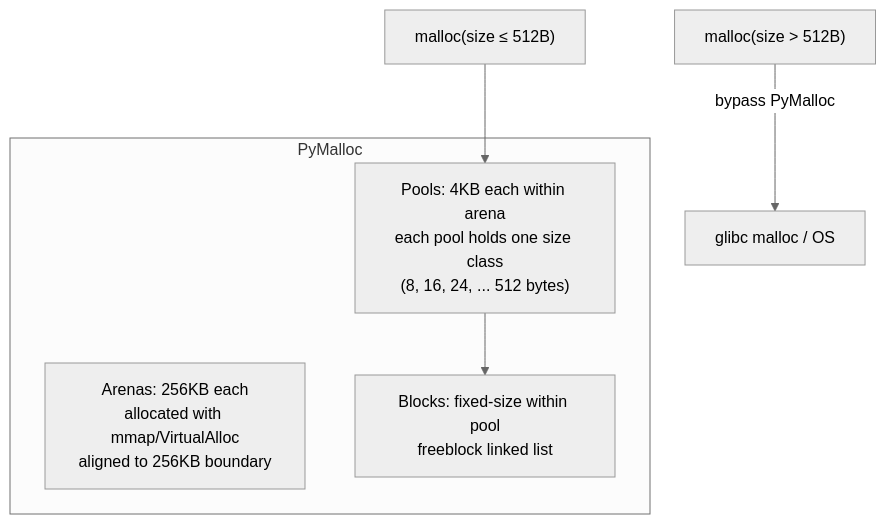
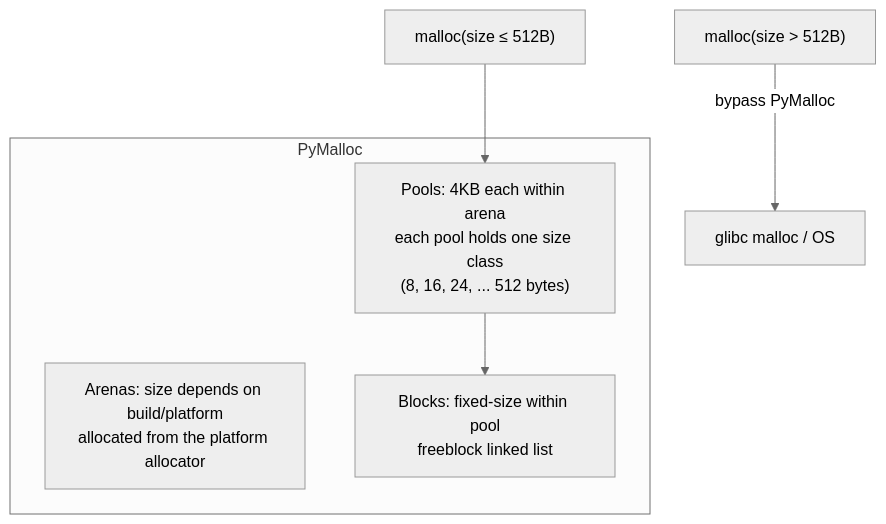
The seventh of 20 diagrams in content/docs/books/cs-reference/ko/python-internals.md (choisimo/document), drawn with Mermaid (neutral theme) before and after one commit. The commit also changed other lines of this file and 504 other files, not shown here.

````diff
--- a/content/docs/books/cs-reference/ko/python-internals.md
+++ b/content/docs/books/cs-reference/ko/python-internals.md
@@ -260,12 +270,12 @@
 ```mermaid
 flowchart TD
     subgraph "PyMalloc"
-        ARENAS["Arenas: 256KB each\nallocated with mmap/VirtualAlloc\naligned to 256KB boundary"]
+        ARENAS["Arenas: size depends on build/platform\nallocated from the platform allocator"]
         POOLS["Pools: 4KB each within arena\neach pool holds one size class\n(8, 16, 24, ... 512 bytes)"]
         BLOCKS["Blocks: fixed-size within pool\nfreeblock linked list"]
     end
     
     REQ["malloc(size ≤ 512B)"] --> POOLS
     REQ2["malloc(size > 512B)"] -->|"bypass PyMalloc"| GLIBC["glibc malloc / OS"]
     POOLS --> BLOCKS
 ```
````
